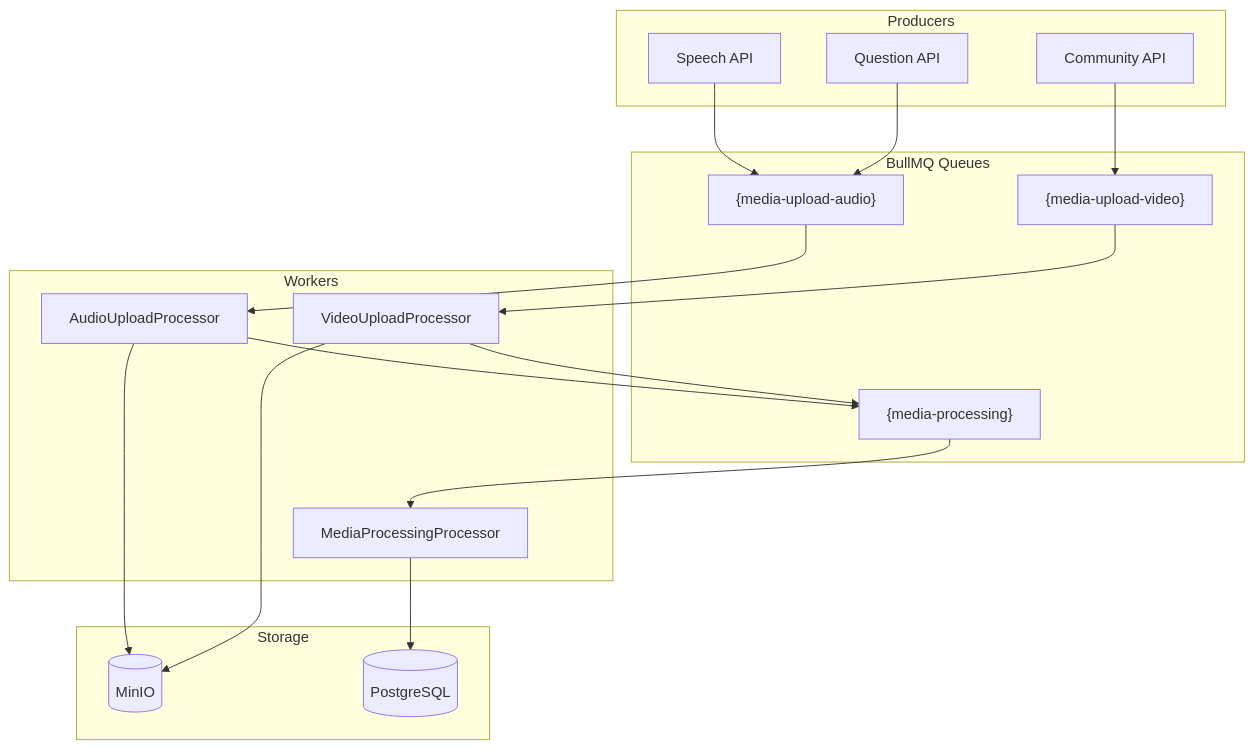
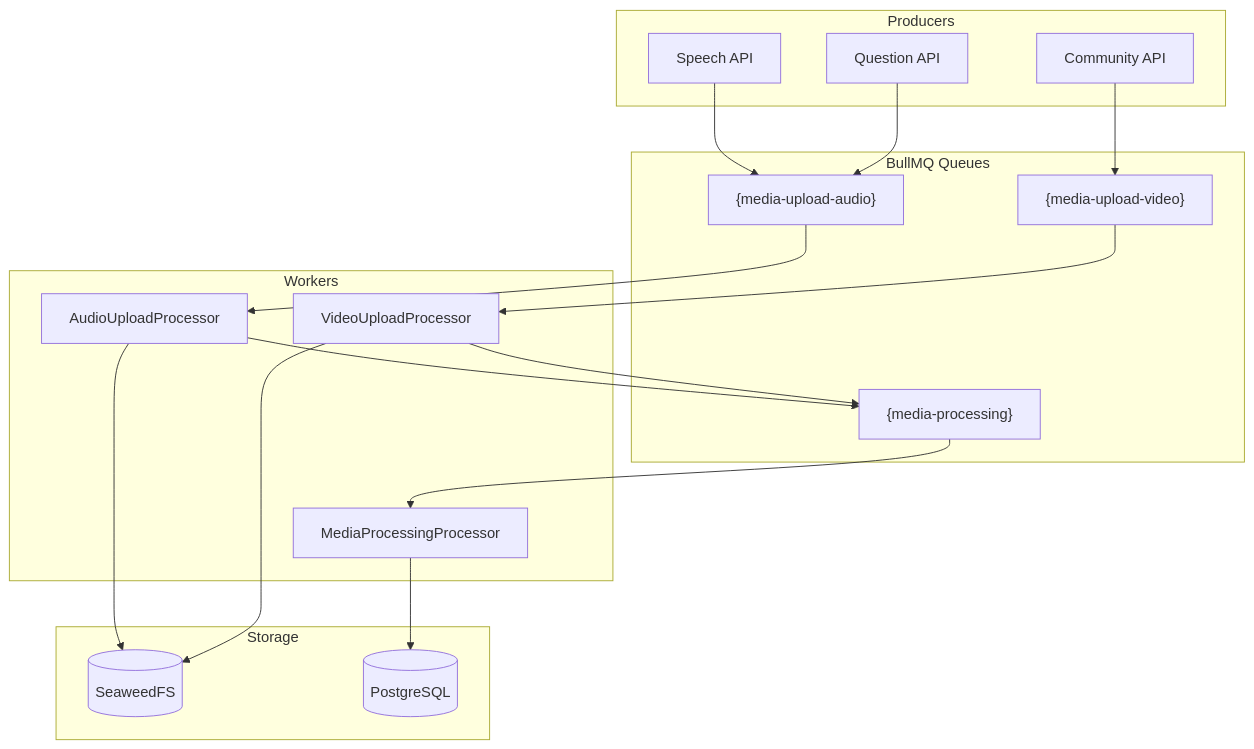
The fourth of 5 diagrams in Architecture.md (ai4lril/ai4lril.github.io), drawn with Mermaid before and after one commit. The commit also changed other lines of this file and 28 other files, not shown here.

````diff
--- a/Architecture.md
+++ b/Architecture.md
@@ -295,37 +295,37 @@
 ```mermaid
 flowchart TB
     subgraph Producers["Producers"]
         SpeechAPI[Speech API]
         QuestionAPI[Question API]
         CommunityAPI[Community API]
     end
 
     subgraph Queues["BullMQ Queues"]
         Q1["{media-upload-audio}"]
         Q2["{media-upload-video}"]
         Q3["{media-processing}"]
     end
 
     subgraph Workers["Workers"]
         W1[AudioUploadProcessor]
         W2[VideoUploadProcessor]
         W3[MediaProcessingProcessor]
     end
 
     subgraph Storage["Storage"]
-        MinIO[(MinIO)]
+        SeaweedFS[(SeaweedFS)]
         PG[(PostgreSQL)]
     end
 
     SpeechAPI --> Q1
     QuestionAPI --> Q1
     CommunityAPI --> Q2
     Q1 --> W1
     Q2 --> W2
     W1 --> Q3
     W2 --> Q3
     Q3 --> W3
-    W1 --> MinIO
-    W2 --> MinIO
+    W1 --> SeaweedFS
+    W2 --> SeaweedFS
     W3 --> PG
 ```
````
